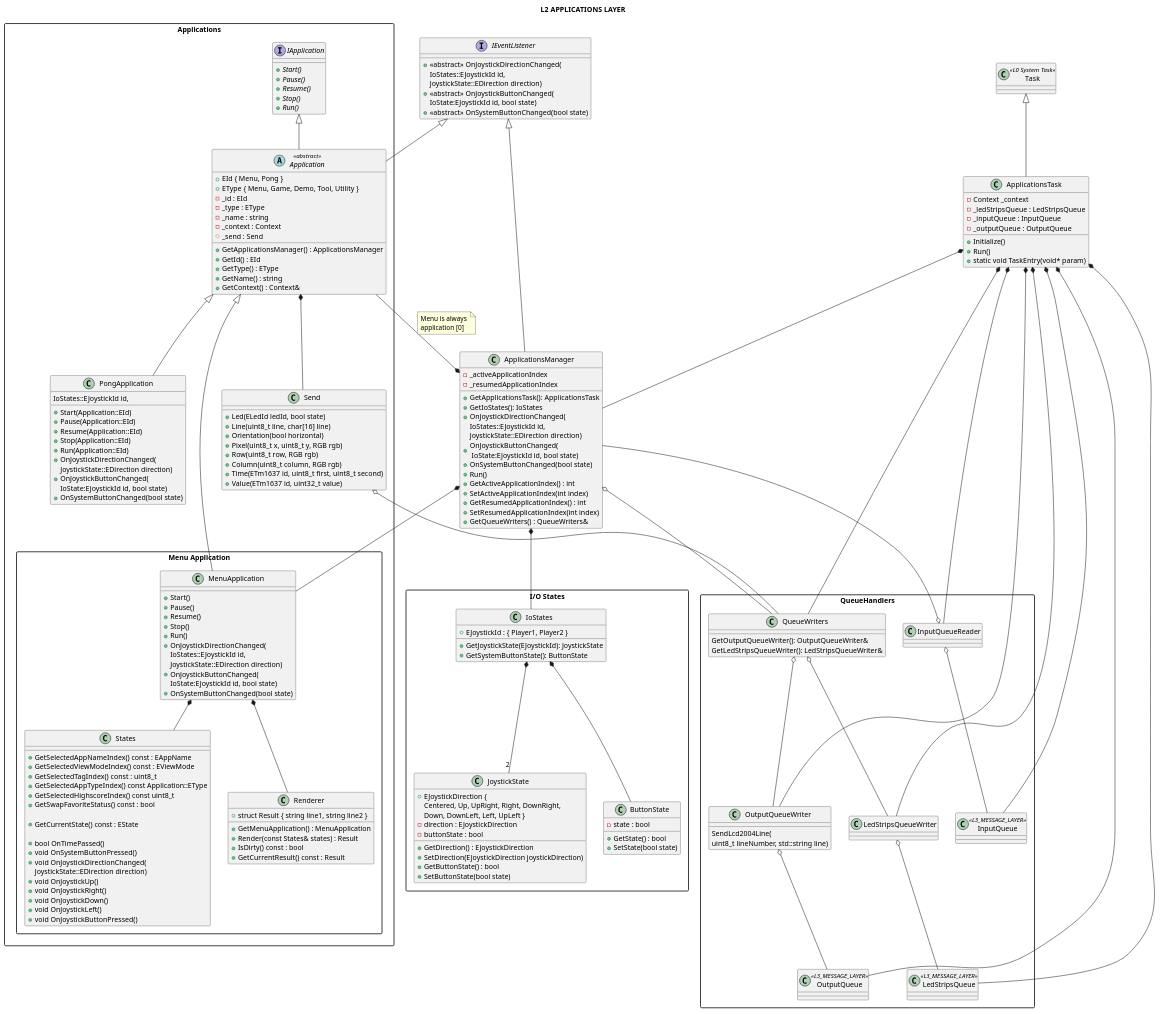
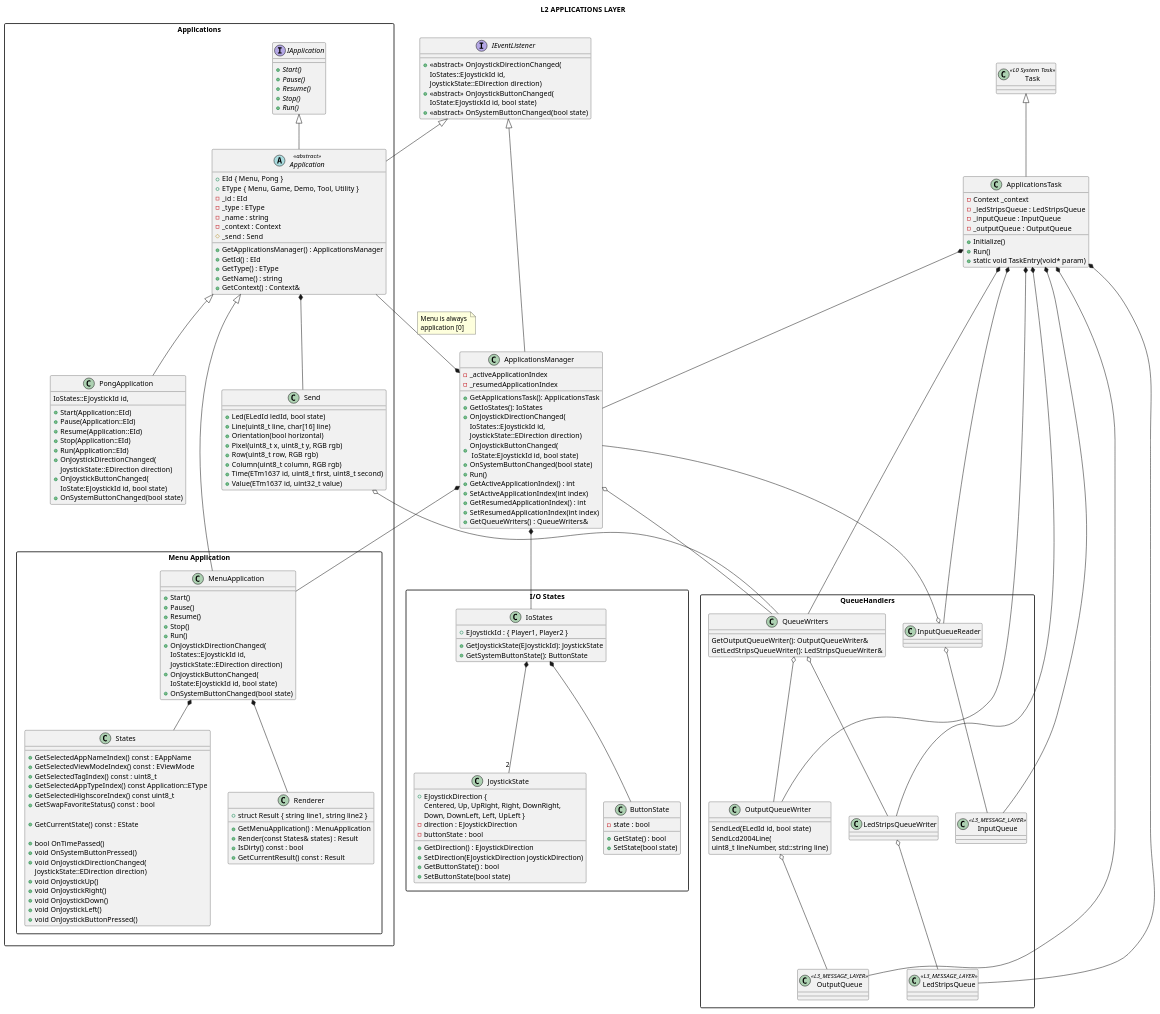
Before and after one commit to michelkeijzers/fraxis: the diagram in Docs/Software Design/Layers/L2_applications_layer.puml, drawn with PlantUML. The commit also changed 34 other files, not shown here.

```diff
--- a/Docs/Software Design/Layers/L2_applications_layer.puml
+++ b/Docs/Software Design/Layers/L2_applications_layer.puml
@@ -68,6 +68,7 @@
 
     class OutputQueueWriter
     {
+        SendLed(ELedId id, bool state)
         SendLcd2004Line(
             uint8_t lineNumber, std::string line)
     }
```
